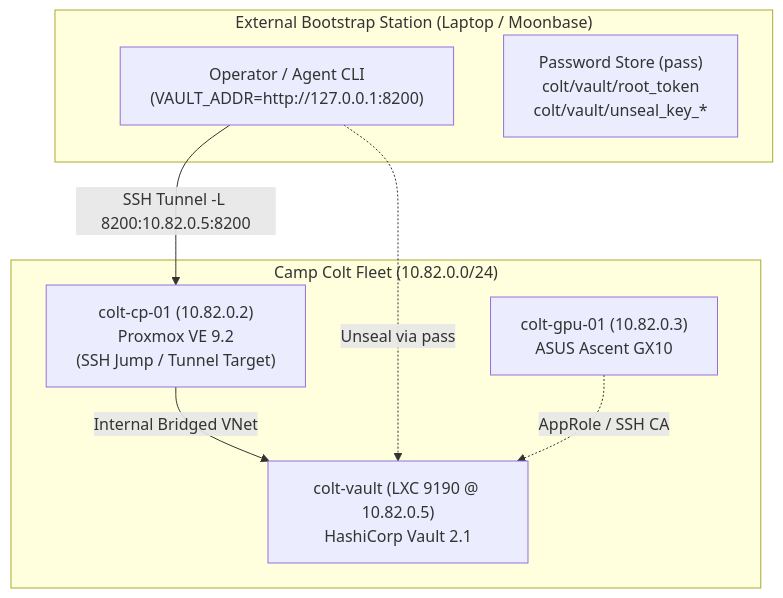
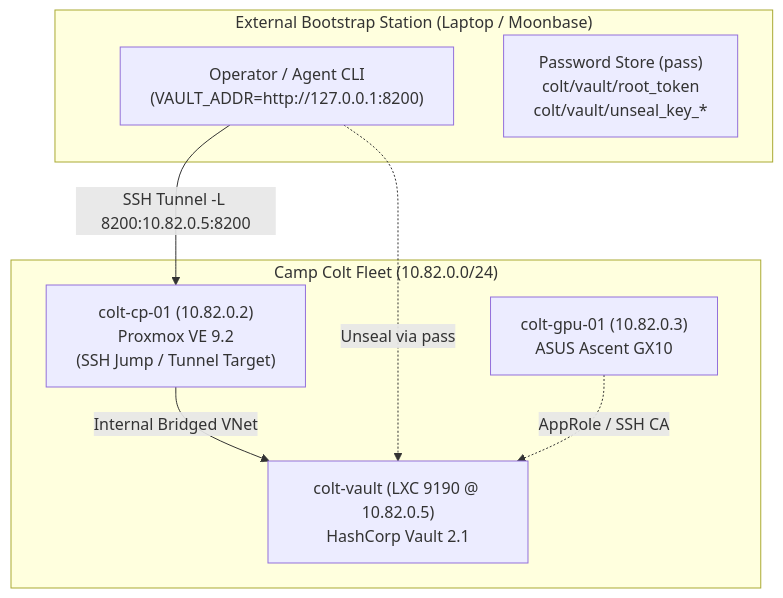
The diagram in plans/colt_vault_bootstrap_plan.md (chalko/suitcase-ai), drawn with Mermaid before and after one commit. The commit also changed other lines of this file and 9 other files, not shown here.

````diff
--- a/plans/colt_vault_bootstrap_plan.md
+++ b/plans/colt_vault_bootstrap_plan.md
@@ -23,18 +49,18 @@
 ```mermaid
 graph TD
     subgraph "External Bootstrap Station (Laptop / Moonbase)"
         OPERATOR["Operator / Agent CLI<br/>(VAULT_ADDR=http://127.0.0.1:8200)"]
         PASS["Password Store (pass)<br/>colt/vault/root_token<br/>colt/vault/unseal_key_*"]
     end
 
     subgraph "Camp Colt Fleet (10.82.0.0/24)"
         CP["colt-cp-01 (10.82.0.2)<br/>Proxmox VE 9.2<br/>(SSH Jump / Tunnel Target)"]
-        VAULT["colt-vault (LXC 9190 @ 10.82.0.5)<br/>HashiCorp Vault 2.1"]
+        VAULT["colt-vault (LXC 9190 @ 10.82.0.5)<br/>HashCorp Vault 2.1"]
         GPU["colt-gpu-01 (10.82.0.3)<br/>ASUS Ascent GX10"]
     end
 
     OPERATOR -->|SSH Tunnel -L 8200:10.82.0.5:8200| CP
     CP -->|Internal Bridged VNet| VAULT
     OPERATOR -.->|Unseal via pass| VAULT
     GPU -.->|AppRole / SSH CA| VAULT
 ```
````
